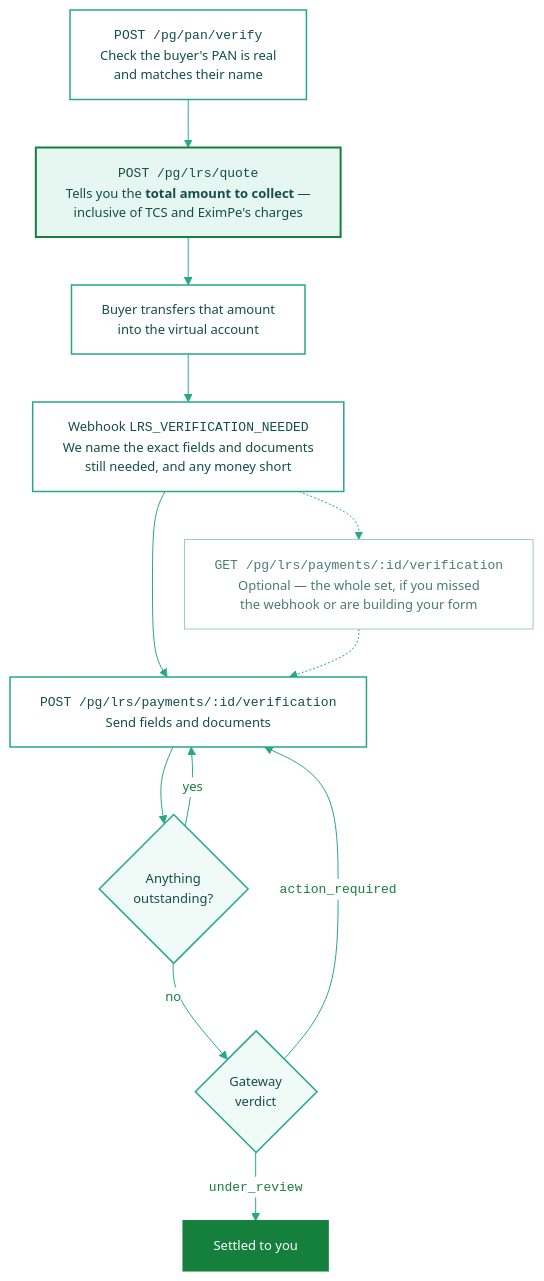
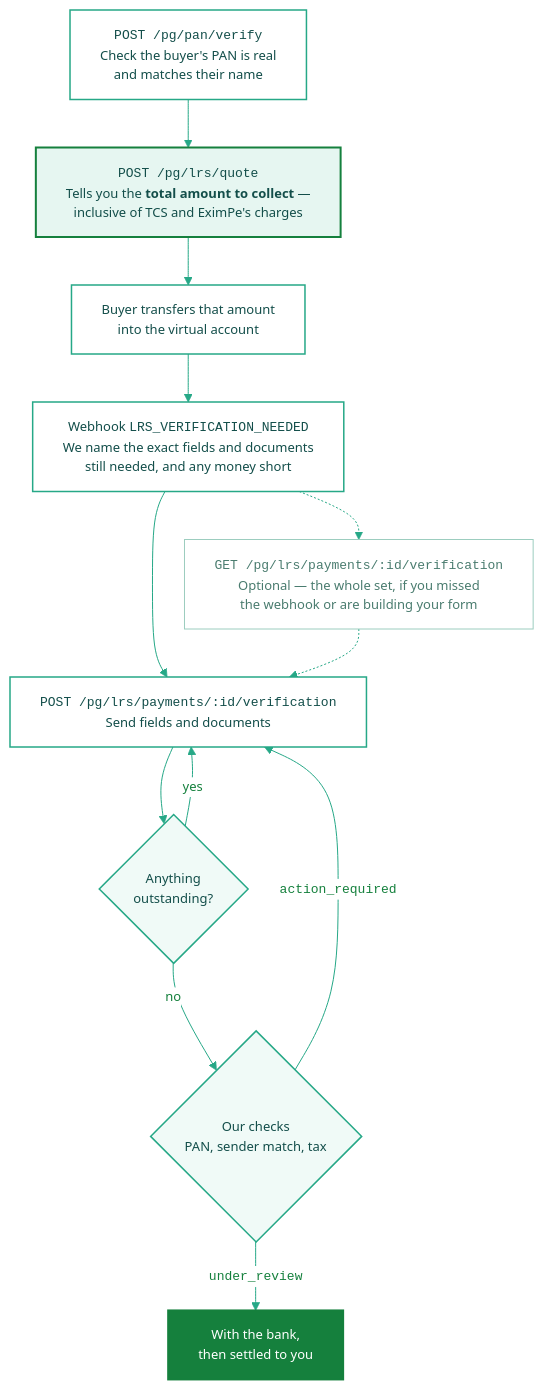
One commit to akhil-kumar-mg-mint/docs changed the diagram in integration-guide/v3/web-integration/lrs-verification.mdx. Above: the diagram before and after it, drawn with Mermaid. The commit also changed other lines of this file and 1 other file, not shown here.

First line of the commit message:
docs(v3): name our checks, not a gateway — and put the bank where it belongs

````diff
--- a/integration-guide/v3/web-integration/lrs-verification.mdx
+++ b/integration-guide/v3/web-integration/lrs-verification.mdx
@@ -20,47 +20,47 @@
 ```mermaid
 %%{init: {
   "theme": "base",
   "themeVariables": {
     "fontFamily": "ui-sans-serif, system-ui, -apple-system, sans-serif",
     "fontSize": "13px",
     "primaryColor": "#ffffff",
     "primaryTextColor": "#15803d",
     "primaryBorderColor": "#26a887",
     "lineColor": "#26a887",
     "tertiaryColor": "#ffffff",
     "edgeLabelBackground": "#ffffff"
   },
   "flowchart": { "curve": "basis", "htmlLabels": true, "wrappingWidth": 340, "nodeSpacing": 44, "rankSpacing": 48 }
 }}%%
 flowchart TD
     A["<code>POST /pg/pan/verify</code><br/>Check the buyer's PAN is real<br/>and matches their name"]
     B["<code>POST /pg/lrs/quote</code><br/>Tells you the <b>total amount to collect</b> —<br/>inclusive of TCS and EximPe's charges"]
     C["Buyer transfers that amount<br/>into the virtual account"]
     D["Webhook <code>LRS_VERIFICATION_NEEDED</code><br/>We name the exact fields and documents<br/>still needed, and any money short"]
     E["<code>POST /pg/lrs/payments/:id/verification</code><br/>Send fields and documents"]
     F{"Anything<br/>outstanding?"}
-    G{"Gateway<br/>verdict"}
-    H["Settled to you"]
+    G{"Our checks<br/>PAN, sender match, tax"}
+    H["With the bank,<br/>then settled to you"]
     X["<code>GET /pg/lrs/payments/:id/verification</code><br/>Optional — the whole set, if you missed<br/>the webhook or are building your form"]
 
     A --> B --> C --> D --> E --> F
     F -- "yes" --> E
     F -- "no" --> G
     G -- "<code>action_required</code>" --> E
     G -- "<code>under_review</code>" --> H
     D -.-> X
     X -.-> E
 
     classDef step fill:#ffffff,stroke:#26a887,stroke-width:1.5px,color:#134e4a
     classDef gate fill:#f0faf7,stroke:#26a887,stroke-width:1.5px,color:#134e4a
     classDef emphasis fill:#e6f6f1,stroke:#15803d,stroke-width:2px,color:#134e4a
     classDef done fill:#15803d,stroke:#15803d,stroke-width:2px,color:#ffffff
     classDef aside fill:#ffffff,stroke:#9ccdbf,stroke-width:1px,color:#4a7c6f
 
     class A,C,D,E step
     class B emphasis
     class F,G gate
     class H done
     class X aside
 
 ```
````
